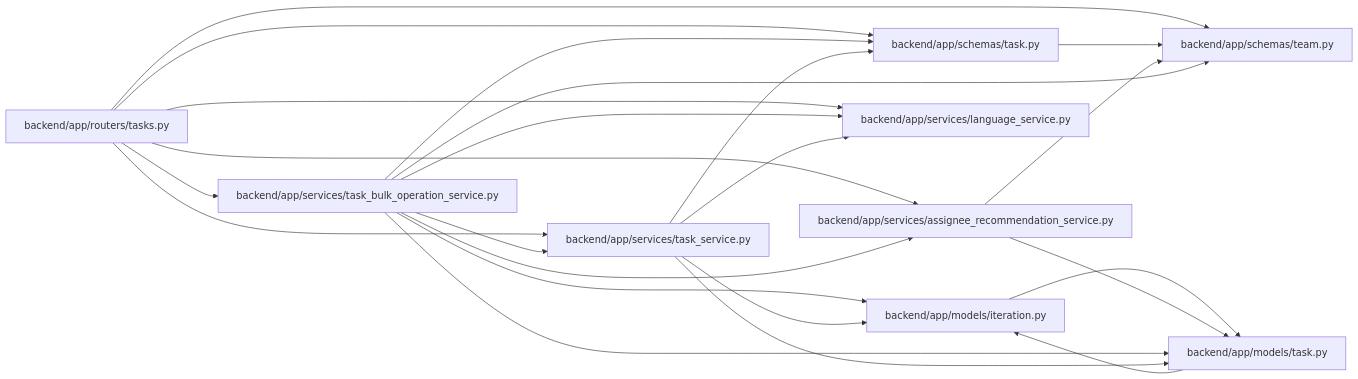
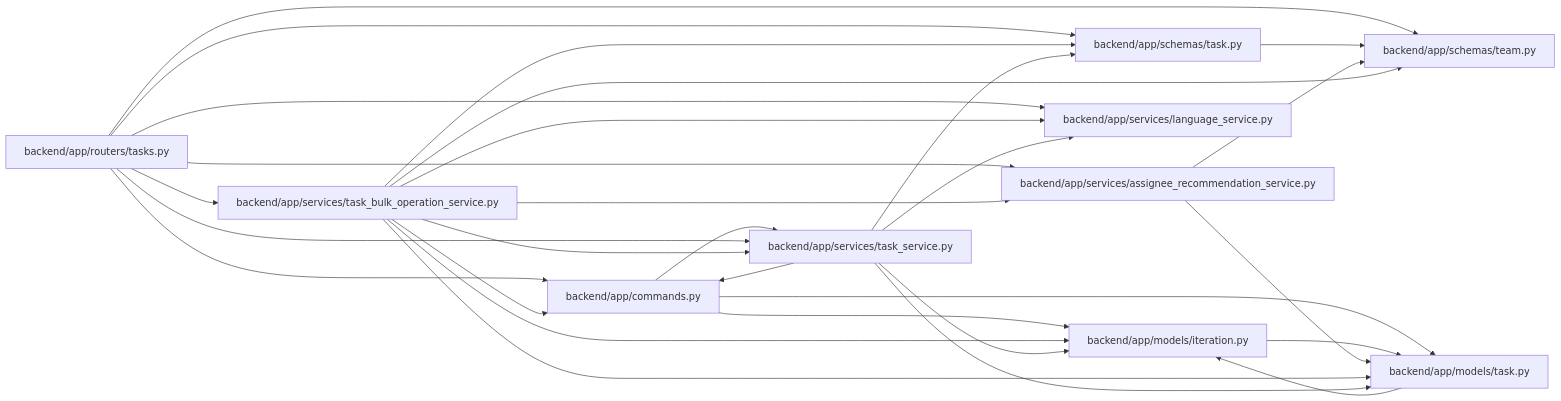
One commit to Denissvgn/WorkChord changed the diagram in docs/llm_wiki/modules/task_bulk_operation_service.md. Above: the diagram before and after it, drawn with Mermaid. The commit also changed other lines of this file and 958 other files, not shown here.

First line of the commit message:
docs(wiki): refresh identity and recovery architecture

````diff
--- a/docs/llm_wiki/modules/task_bulk_operation_service.md
+++ b/docs/llm_wiki/modules/task_bulk_operation_service.md
@@ -29,43 +32,51 @@
 ```mermaid
 flowchart LR
-    n0["backend/app/models/iteration.py"]
-    n1["backend/app/models/task.py"]
-    n2["backend/app/routers/tasks.py"]
-    n3["backend/app/schemas/task.py"]
-    n4["backend/app/schemas/team.py"]
-    n5["backend/app/services/assignee_recommendation_service.py"]
-    n6["backend/app/services/language_service.py"]
-    n7["backend/app/services/task_bulk_operation_service.py"]
-    n8["backend/app/services/task_service.py"]
+    n0["backend/app/commands.py"]
+    n1["backend/app/models/iteration.py"]
+    n2["backend/app/models/task.py"]
+    n3["backend/app/routers/tasks.py"]
+    n4["backend/app/schemas/task.py"]
+    n5["backend/app/schemas/team.py"]
+    n6["backend/app/services/assignee_recommendation_service.py"]
+    n7["backend/app/services/language_service.py"]
+    n8["backend/app/services/task_bulk_operation_service.py"]
+    n9["backend/app/services/task_service.py"]
     n0 --> n1
-    n1 --> n0
-    n2 --> n3
-    n2 --> n4
-    n2 --> n5
-    n2 --> n6
-    n2 --> n7
-    n2 --> n8
+    n0 --> n2
+    n0 --> n9
+    n1 --> n2
+    n2 --> n1
+    n3 --> n0
     n3 --> n4
-    n5 --> n1
-    n5 --> n4
-    n7 --> n0
-    n7 --> n1
-    n7 --> n3
-    n7 --> n4
-    n7 --> n5
-    n7 --> n6
-    n7 --> n8
+    n3 --> n5
+    n3 --> n6
+    n3 --> n7
+    n3 --> n8
+    n3 --> n9
+    n4 --> n5
+    n6 --> n2
+    n6 --> n5
     n8 --> n0
     n8 --> n1
-    n8 --> n3
+    n8 --> n2
+    n8 --> n4
+    n8 --> n5
     n8 --> n6
-    click n0 "../modules/models_iteration.md"
-    click n1 "../modules/models_task.md"
-    click n2 "../modules/tasks.md"
-    click n3 "../modules/schemas_task.md"
-    click n4 "../modules/schemas_team.md"
-    click n5 "../modules/assignee_recommendation_service.md"
-    click n6 "../modules/language_service.md"
-    click n7 "../modules/task_bulk_operation_service.md"
-    click n8 "../modules/task_service.md"
+    n8 --> n7
+    n8 --> n9
+    n9 --> n0
+    n9 --> n1
+    n9 --> n2
+    n9 --> n4
+    n9 --> n7
+    click n0 "../modules/commands.md"
+    click n1 "../modules/models_iteration.md"
+    click n2 "../modules/models_task.md"
+    click n3 "../modules/tasks.md"
+    click n4 "../modules/schemas_task.md"
+    click n5 "../modules/schemas_team.md"
+    click n6 "../modules/assignee_recommendation_service.md"
+    click n7 "../modules/language_service.md"
+    click n8 "../modules/task_bulk_operation_service.md"
+    click n9 "../modules/task_service.md"
 ```
````
